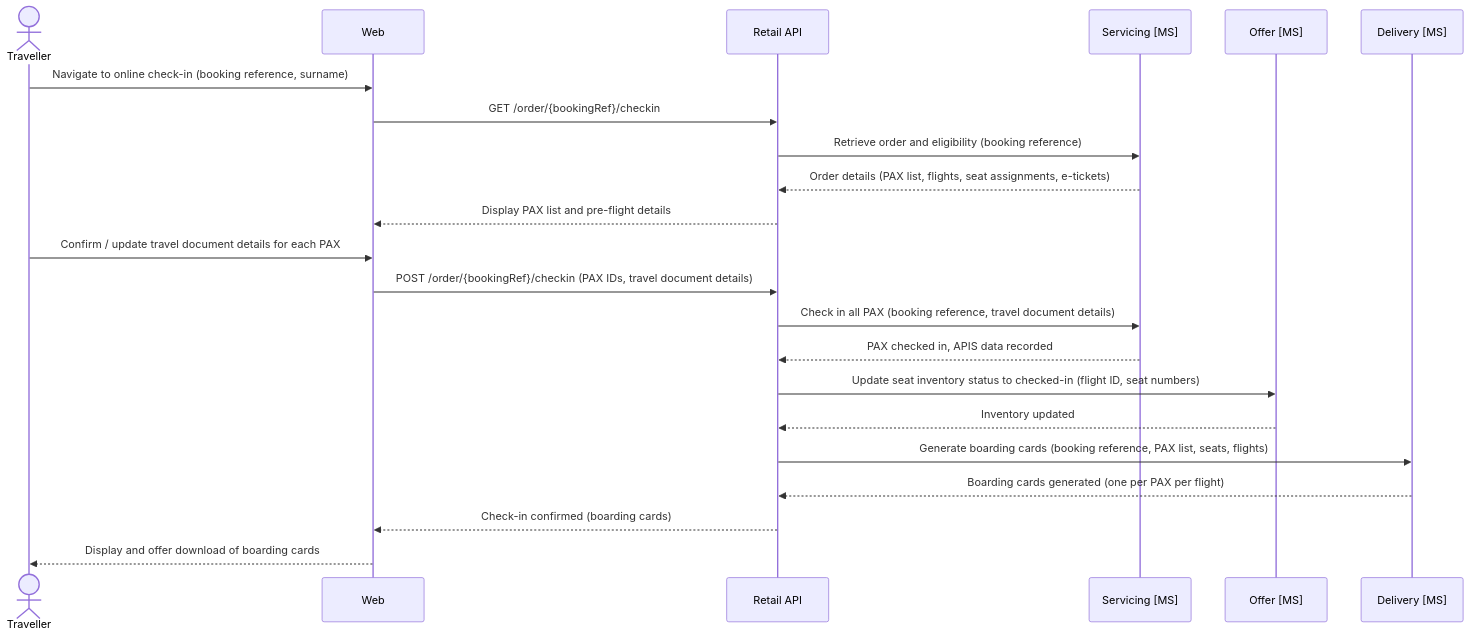
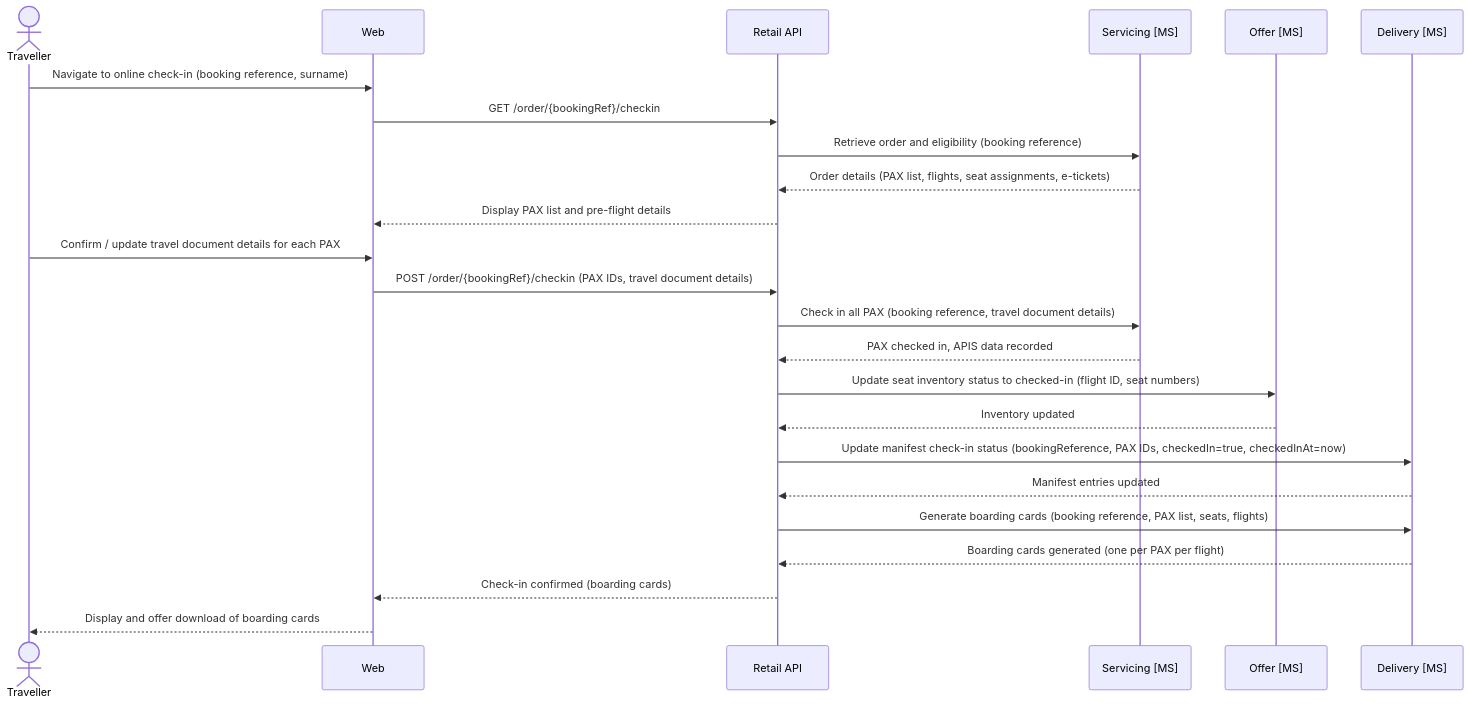
The sixth of 7 diagrams in architecture/design.md (sebharvey/airline-reservation-system), drawn with Mermaid before and after one commit.

Commit message:
Update design document with new manifest check-in status

````diff
--- a/architecture/design.md
+++ b/architecture/design.md
@@ -588,32 +588,35 @@
 ```mermaid
 sequenceDiagram
     actor Traveller
     participant Web
     participant RetailAPI as Retail API
     participant ServicingMS as Servicing [MS]
     participant OfferMS as Offer [MS]
     participant DeliveryMS as Delivery [MS]
 
     Traveller->>Web: Navigate to online check-in (booking reference, surname)
 
     Web->>RetailAPI: GET /order/{bookingRef}/checkin
     RetailAPI->>ServicingMS: Retrieve order and eligibility (booking reference)
     ServicingMS-->>RetailAPI: Order details (PAX list, flights, seat assignments, e-tickets)
     RetailAPI-->>Web: Display PAX list and pre-flight details
 
     Traveller->>Web: Confirm / update travel document details for each PAX
 
     Web->>RetailAPI: POST /order/{bookingRef}/checkin (PAX IDs, travel document details)
 
     RetailAPI->>ServicingMS: Check in all PAX (booking reference, travel document details)
     ServicingMS-->>RetailAPI: PAX checked in, APIS data recorded
 
     RetailAPI->>OfferMS: Update seat inventory status to checked-in (flight ID, seat numbers)
     OfferMS-->>RetailAPI: Inventory updated
 
+    RetailAPI->>DeliveryMS: Update manifest check-in status (bookingReference, PAX IDs, checkedIn=true, checkedInAt=now)
+    DeliveryMS-->>RetailAPI: Manifest entries updated
+
     RetailAPI->>DeliveryMS: Generate boarding cards (booking reference, PAX list, seats, flights)
     DeliveryMS-->>RetailAPI: Boarding cards generated (one per PAX per flight)
 
     RetailAPI-->>Web: Check-in confirmed (boarding cards)
     Web-->>Traveller: Display and offer download of boarding cards
 ```
````
